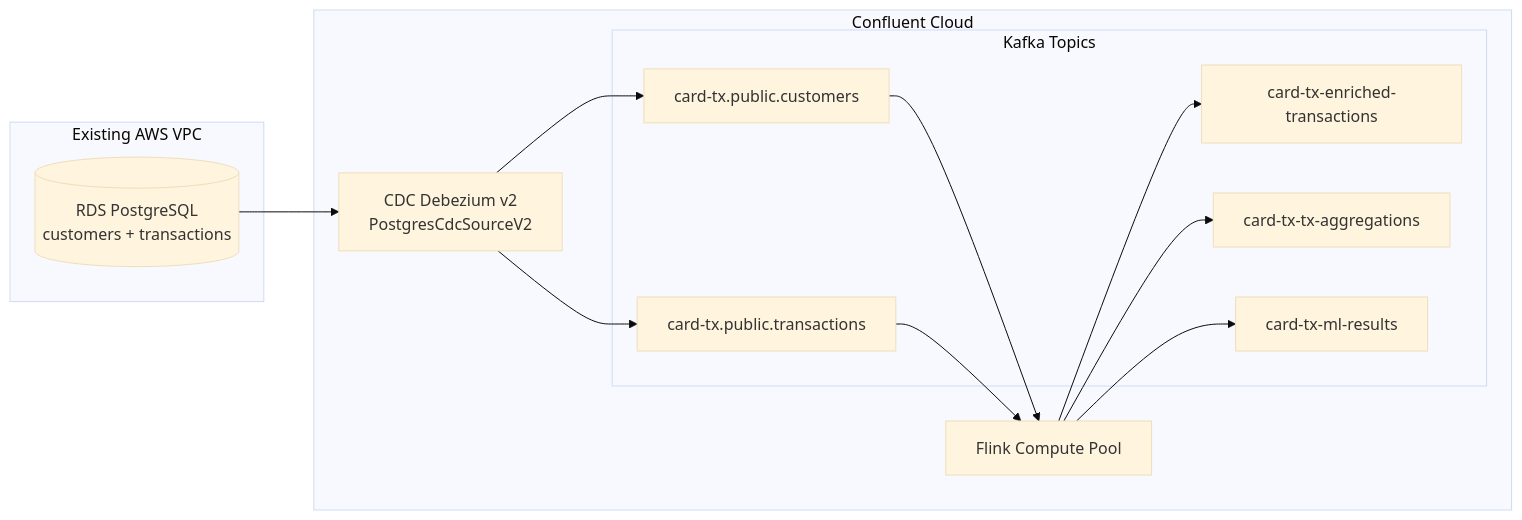
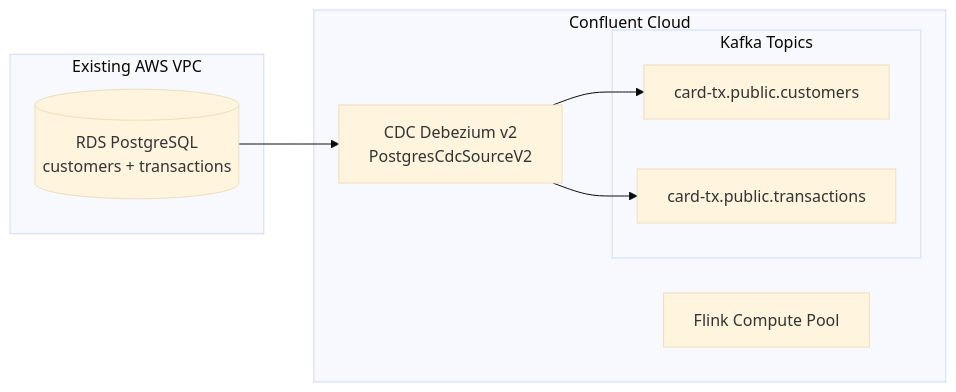
Before and after one commit to jbcodeforce/flink-hands-on: the diagram in cdc-postgres-to-cc-flink/README.md, drawn with Mermaid (base theme). The commit also changed other lines of this file and 18 other files, not shown here.

````diff
--- a/cdc-postgres-to-cc-flink/README.md
+++ b/cdc-postgres-to-cc-flink/README.md
@@ -3,29 +5,21 @@
 ```mermaid
 flowchart LR
     subgraph VPC [Existing AWS VPC]
         RDS[(RDS PostgreSQL<br/>customers + transactions)]
     end
     
     subgraph CC [Confluent Cloud]
         CDC[CDC Debezium v2<br/>PostgresCdcSourceV2]
         
         subgraph Topics [Kafka Topics]
             T1[card-tx.public.customers]
             T2[card-tx.public.transactions]
-            T3[card-tx-enriched-transactions]
-            T4[card-tx-tx-aggregations]
-            T5[card-tx-ml-results]
         end
         
         Flink[Flink Compute Pool]
     end
     
     RDS --> CDC
     CDC --> T1
     CDC --> T2
-    T1 --> Flink
-    T2 --> Flink
-    Flink --> T3
-    Flink --> T4
-    Flink --> T5
 ```
````
